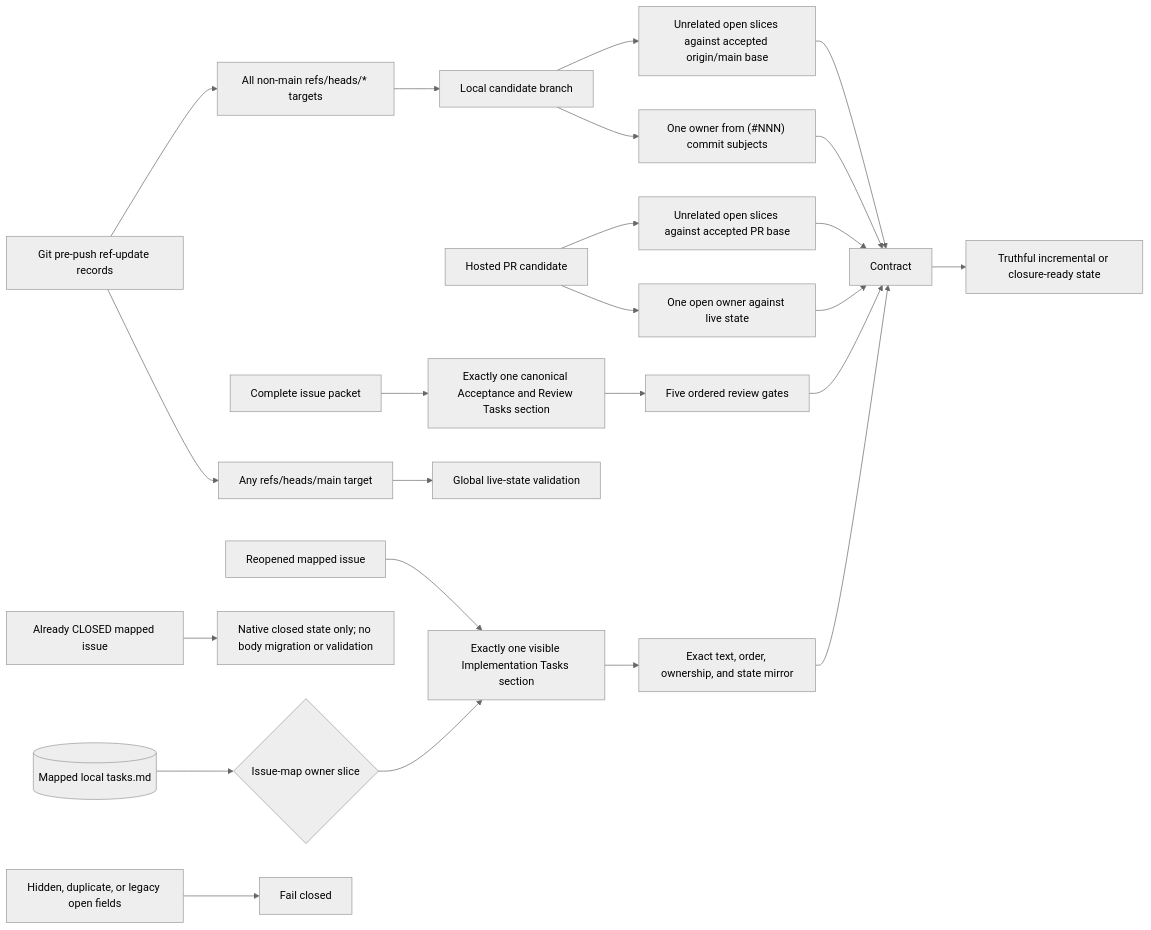
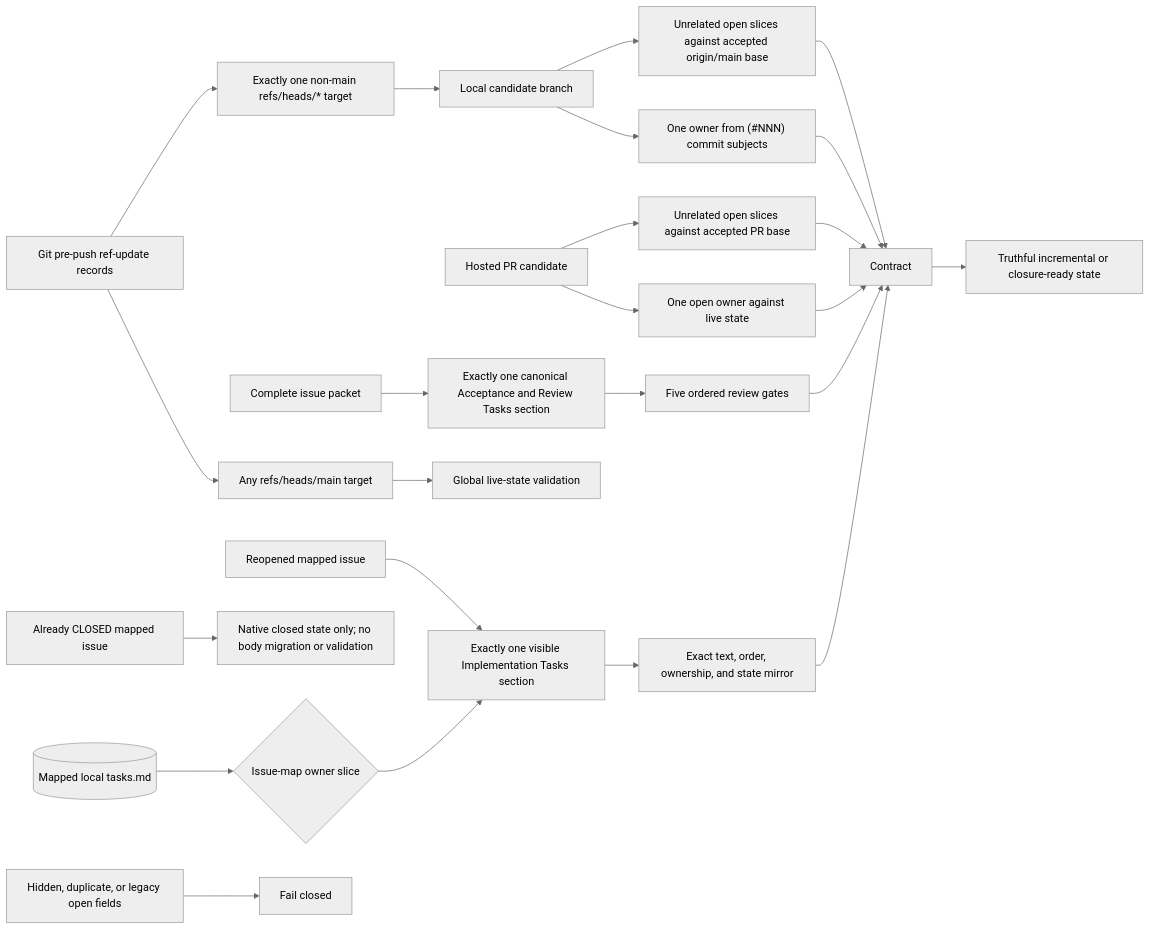
The first of 28 diagrams in docs/v050-release-architecture.md (styler-ai/ProjectAtlas), drawn with Mermaid (neutral theme) before and after one commit. The commit also changed 6 other files, not shown here.

````diff
--- a/docs/v050-release-architecture.md
+++ b/docs/v050-release-architecture.md
@@ -7,26 +7,26 @@
 ```mermaid
 flowchart LR
     LocalTasks[(Mapped local tasks.md)] --> OwnerSlice{Issue-map owner slice}
     OwnerSlice --> Implementation[Exactly one visible Implementation Tasks section]
     IssuePacket[Complete issue packet] --> Acceptance[Exactly one canonical Acceptance and Review Tasks section]
     Implementation --> Sync[Exact text, order, ownership, and state mirror]
     Acceptance --> Gates[Five ordered review gates]
     Sync --> Contract
     Gates --> Contract
     PR[Hosted PR candidate] --> Owner[One open owner against live state]
     PR --> Base[Unrelated open slices against accepted PR base]
     Push[Git pre-push ref-update records] --> MainTarget["Any refs/heads/main target"]
-    Push --> CandidateTarget["All non-main refs/heads/* targets"]
+    Push --> CandidateTarget["Exactly one non-main refs/heads/* target"]
     MainTarget --> Global[Global live-state validation]
     CandidateTarget --> Candidate[Local candidate branch]
     Candidate --> CandidateOwner["One owner from (#NNN) commit subjects"]
     Candidate --> CandidateBase["Unrelated open slices against accepted origin/main base"]
     Owner --> Contract
     Base --> Contract
     CandidateOwner --> Contract
     CandidateBase --> Contract
     Closed[Already CLOSED mapped issue] --> Inert[Native closed state only; no body migration or validation]
     Reopened[Reopened mapped issue] --> Implementation
     Hidden[Hidden, duplicate, or legacy open fields] --> Reject[Fail closed]
     Contract --> Ready[Truthful incremental or closure-ready state]
 ```
````
